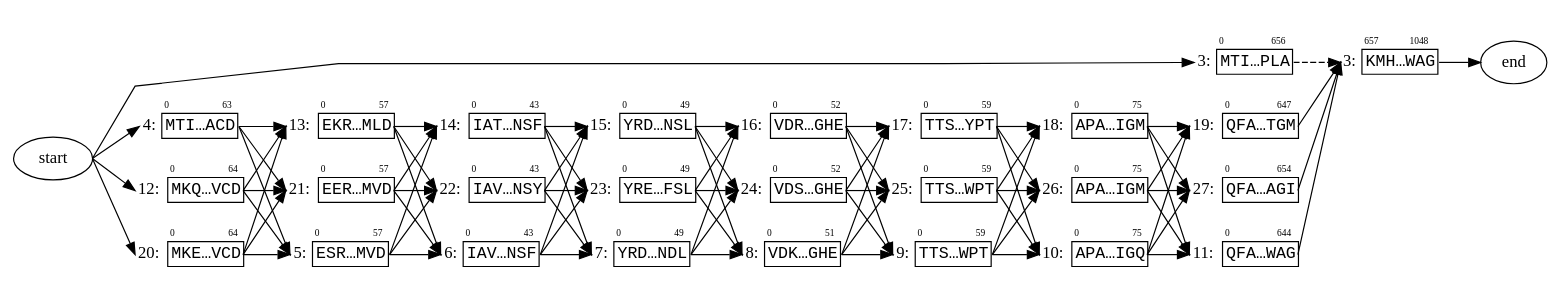
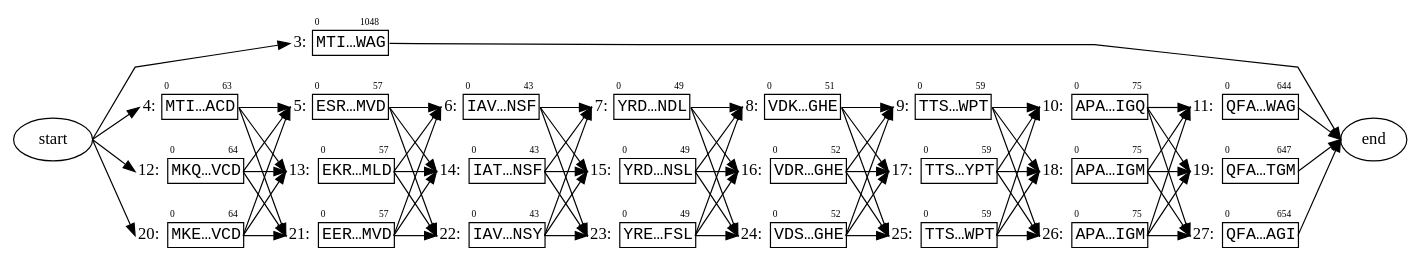
One commit to ginkgobioworks/gen changed the diagram in docs/figures/protein_figure_1.dot. Above: the diagram before and after it, drawn with Graphviz. The commit also changed 7 other files, not shown here.

```diff
--- a/docs/figures/protein_figure_1.dot
+++ b/docs/figures/protein_figure_1.dot
@@ -1,164 +1,154 @@
 strict digraph "" {
 	graph [rankdir=LR,
 		splines=polyline
 	];
 	node [label="\N"];
-	subgraph cluster_3 {
-		graph [label="",
-			rank=same,
-			style=invis
-		];
-		3.0	[label=<<TABLE BORDER='0' CELLBORDER='1' CELLSPACING='0'><TR><TD BORDER='0'></TD><TD BORDER='0' ALIGN='LEFT'><FONT POINT-SIZE='8'>0</FONT></TD><TD BORDER='0' ALIGN='RIGHT'><FONT POINT-SIZE='8'>656</FONT></TD></TR><TR><TD BORDER='0' PORT='caption' ALIGN='right'>3:</TD><TD PORT='seq' COLSPAN='2'><FONT FACE='Courier New'>MTI…PLA</FONT></TD></TR></TABLE>>,
-			margin=0,
-			shape=none];
-		3.657	[label=<<TABLE BORDER='0' CELLBORDER='1' CELLSPACING='0'><TR><TD BORDER='0'></TD><TD BORDER='0' ALIGN='LEFT'><FONT POINT-SIZE='8'>657</FONT></TD><TD BORDER='0' ALIGN='RIGHT'><FONT POINT-SIZE='8'>1048</FONT></TD></TR><TR><TD BORDER='0' PORT='caption' ALIGN='right'>3:</TD><TD PORT='seq' COLSPAN='2'><FONT FACE='Courier New'>KMH…WAG</FONT></TD></TR></TABLE>>,
-			margin=0,
-			shape=none];
-	}
 	source	[label=start];
+	3.0	[label=<<TABLE BORDER='0' CELLBORDER='1' CELLSPACING='0'><TR><TD BORDER='0'></TD><TD BORDER='0' ALIGN='LEFT'><FONT POINT-SIZE='8'>0</FONT></TD><TD BORDER='0' ALIGN='RIGHT'><FONT POINT-SIZE='8'>1048</FONT></TD></TR><TR><TD BORDER='0' PORT='caption' ALIGN='right'>3:</TD><TD PORT='seq' COLSPAN='2'><FONT FACE='Courier New'>MTI…WAG</FONT></TD></TR></TABLE>>,
+		margin=0,
+		shape=none];
 	source:e -> 3.0:caption:w;
 	4.0	[label=<<TABLE BORDER='0' CELLBORDER='1' CELLSPACING='0'><TR><TD BORDER='0'></TD><TD BORDER='0' ALIGN='LEFT'><FONT POINT-SIZE='8'>0</FONT></TD><TD BORDER='0' ALIGN='RIGHT'><FONT POINT-SIZE='8'>63</FONT></TD></TR><TR><TD BORDER='0' PORT='caption' ALIGN='right'>4:</TD><TD PORT='seq' COLSPAN='2'><FONT FACE='Courier New'>MTI…ACD</FONT></TD></TR></TABLE>>,
 		margin=0,
 		shape=none];
 	source:e -> 4.0:caption:w;
 	12.0	[label=<<TABLE BORDER='0' CELLBORDER='1' CELLSPACING='0'><TR><TD BORDER='0'></TD><TD BORDER='0' ALIGN='LEFT'><FONT POINT-SIZE='8'>0</FONT></TD><TD BORDER='0' ALIGN='RIGHT'><FONT POINT-SIZE='8'>64</FONT></TD></TR><TR><TD BORDER='0' PORT='caption' ALIGN='right'>12:</TD><TD PORT='seq' COLSPAN='2'><FONT FACE='Courier New'>MKQ…VCD</FONT></TD></TR></TABLE>>,
 		margin=0,
 		shape=none];
 	source:e -> 12.0:caption:w;
 	20.0	[label=<<TABLE BORDER='0' CELLBORDER='1' CELLSPACING='0'><TR><TD BORDER='0'></TD><TD BORDER='0' ALIGN='LEFT'><FONT POINT-SIZE='8'>0</FONT></TD><TD BORDER='0' ALIGN='RIGHT'><FONT POINT-SIZE='8'>64</FONT></TD></TR><TR><TD BORDER='0' PORT='caption' ALIGN='right'>20:</TD><TD PORT='seq' COLSPAN='2'><FONT FACE='Courier New'>MKE…VCD</FONT></TD></TR></TABLE>>,
 		margin=0,
 		shape=none];
 	source:e -> 20.0:caption:w;
-	3.0:seq:e -> 3.657:caption:w	[style=dashed];
 	sink	[label=end];
-	3.657:seq:e -> sink:w;
+	3.0:seq:e -> sink:w;
 	5.0	[label=<<TABLE BORDER='0' CELLBORDER='1' CELLSPACING='0'><TR><TD BORDER='0'></TD><TD BORDER='0' ALIGN='LEFT'><FONT POINT-SIZE='8'>0</FONT></TD><TD BORDER='0' ALIGN='RIGHT'><FONT POINT-SIZE='8'>57</FONT></TD></TR><TR><TD BORDER='0' PORT='caption' ALIGN='right'>5:</TD><TD PORT='seq' COLSPAN='2'><FONT FACE='Courier New'>ESR…MVD</FONT></TD></TR></TABLE>>,
 		margin=0,
 		shape=none];
 	4.0:seq:e -> 5.0:caption:w;
 	13.0	[label=<<TABLE BORDER='0' CELLBORDER='1' CELLSPACING='0'><TR><TD BORDER='0'></TD><TD BORDER='0' ALIGN='LEFT'><FONT POINT-SIZE='8'>0</FONT></TD><TD BORDER='0' ALIGN='RIGHT'><FONT POINT-SIZE='8'>57</FONT></TD></TR><TR><TD BORDER='0' PORT='caption' ALIGN='right'>13:</TD><TD PORT='seq' COLSPAN='2'><FONT FACE='Courier New'>EKR…MLD</FONT></TD></TR></TABLE>>,
 		margin=0,
 		shape=none];
 	4.0:seq:e -> 13.0:caption:w;
 	21.0	[label=<<TABLE BORDER='0' CELLBORDER='1' CELLSPACING='0'><TR><TD BORDER='0'></TD><TD BORDER='0' ALIGN='LEFT'><FONT POINT-SIZE='8'>0</FONT></TD><TD BORDER='0' ALIGN='RIGHT'><FONT POINT-SIZE='8'>57</FONT></TD></TR><TR><TD BORDER='0' PORT='caption' ALIGN='right'>21:</TD><TD PORT='seq' COLSPAN='2'><FONT FACE='Courier New'>EER…MVD</FONT></TD></TR></TABLE>>,
 		margin=0,
 		shape=none];
 	4.0:seq:e -> 21.0:caption:w;
 	6.0	[label=<<TABLE BORDER='0' CELLBORDER='1' CELLSPACING='0'><TR><TD BORDER='0'></TD><TD BORDER='0' ALIGN='LEFT'><FONT POINT-SIZE='8'>0</FONT></TD><TD BORDER='0' ALIGN='RIGHT'><FONT POINT-SIZE='8'>43</FONT></TD></TR><TR><TD BORDER='0' PORT='caption' ALIGN='right'>6:</TD><TD PORT='seq' COLSPAN='2'><FONT FACE='Courier New'>IAV…NSF</FONT></TD></TR></TABLE>>,
 		margin=0,
 		shape=none];
 	5.0:seq:e -> 6.0:caption:w;
 	14.0	[label=<<TABLE BORDER='0' CELLBORDER='1' CELLSPACING='0'><TR><TD BORDER='0'></TD><TD BORDER='0' ALIGN='LEFT'><FONT POINT-SIZE='8'>0</FONT></TD><TD BORDER='0' ALIGN='RIGHT'><FONT POINT-SIZE='8'>43</FONT></TD></TR><TR><TD BORDER='0' PORT='caption' ALIGN='right'>14:</TD><TD PORT='seq' COLSPAN='2'><FONT FACE='Courier New'>IAT…NSF</FONT></TD></TR></TABLE>>,
 		margin=0,
 		shape=none];
 	5.0:seq:e -> 14.0:caption:w;
 	22.0	[label=<<TABLE BORDER='0' CELLBORDER='1' CELLSPACING='0'><TR><TD BORDER='0'></TD><TD BORDER='0' ALIGN='LEFT'><FONT POINT-SIZE='8'>0</FONT></TD><TD BORDER='0' ALIGN='RIGHT'><FONT POINT-SIZE='8'>43</FONT></TD></TR><TR><TD BORDER='0' PORT='caption' ALIGN='right'>22:</TD><TD PORT='seq' COLSPAN='2'><FONT FACE='Courier New'>IAV…NSY</FONT></TD></TR></TABLE>>,
 		margin=0,
 		shape=none];
 	5.0:seq:e -> 22.0:caption:w;
 	7.0	[label=<<TABLE BORDER='0' CELLBORDER='1' CELLSPACING='0'><TR><TD BORDER='0'></TD><TD BORDER='0' ALIGN='LEFT'><FONT POINT-SIZE='8'>0</FONT></TD><TD BORDER='0' ALIGN='RIGHT'><FONT POINT-SIZE='8'>49</FONT></TD></TR><TR><TD BORDER='0' PORT='caption' ALIGN='right'>7:</TD><TD PORT='seq' COLSPAN='2'><FONT FACE='Courier New'>YRD…NDL</FONT></TD></TR></TABLE>>,
 		margin=0,
 		shape=none];
 	6.0:seq:e -> 7.0:caption:w;
 	15.0	[label=<<TABLE BORDER='0' CELLBORDER='1' CELLSPACING='0'><TR><TD BORDER='0'></TD><TD BORDER='0' ALIGN='LEFT'><FONT POINT-SIZE='8'>0</FONT></TD><TD BORDER='0' ALIGN='RIGHT'><FONT POINT-SIZE='8'>49</FONT></TD></TR><TR><TD BORDER='0' PORT='caption' ALIGN='right'>15:</TD><TD PORT='seq' COLSPAN='2'><FONT FACE='Courier New'>YRD…NSL</FONT></TD></TR></TABLE>>,
 		margin=0,
 		shape=none];
 	6.0:seq:e -> 15.0:caption:w;
 	23.0	[label=<<TABLE BORDER='0' CELLBORDER='1' CELLSPACING='0'><TR><TD BORDER='0'></TD><TD BORDER='0' ALIGN='LEFT'><FONT POINT-SIZE='8'>0</FONT></TD><TD BORDER='0' ALIGN='RIGHT'><FONT POINT-SIZE='8'>49</FONT></TD></TR><TR><TD BORDER='0' PORT='caption' ALIGN='right'>23:</TD><TD PORT='seq' COLSPAN='2'><FONT FACE='Courier New'>YRE…FSL</FONT></TD></TR></TABLE>>,
 		margin=0,
 		shape=none];
 	6.0:seq:e -> 23.0:caption:w;
 	8.0	[label=<<TABLE BORDER='0' CELLBORDER='1' CELLSPACING='0'><TR><TD BORDER='0'></TD><TD BORDER='0' ALIGN='LEFT'><FONT POINT-SIZE='8'>0</FONT></TD><TD BORDER='0' ALIGN='RIGHT'><FONT POINT-SIZE='8'>51</FONT></TD></TR><TR><TD BORDER='0' PORT='caption' ALIGN='right'>8:</TD><TD PORT='seq' COLSPAN='2'><FONT FACE='Courier New'>VDK…GHE</FONT></TD></TR></TABLE>>,
 		margin=0,
 		shape=none];
 	7.0:seq:e -> 8.0:caption:w;
 	16.0	[label=<<TABLE BORDER='0' CELLBORDER='1' CELLSPACING='0'><TR><TD BORDER='0'></TD><TD BORDER='0' ALIGN='LEFT'><FONT POINT-SIZE='8'>0</FONT></TD><TD BORDER='0' ALIGN='RIGHT'><FONT POINT-SIZE='8'>52</FONT></TD></TR><TR><TD BORDER='0' PORT='caption' ALIGN='right'>16:</TD><TD PORT='seq' COLSPAN='2'><FONT FACE='Courier New'>VDR…GHE</FONT></TD></TR></TABLE>>,
 		margin=0,
 		shape=none];
 	7.0:seq:e -> 16.0:caption:w;
 	24.0	[label=<<TABLE BORDER='0' CELLBORDER='1' CELLSPACING='0'><TR><TD BORDER='0'></TD><TD BORDER='0' ALIGN='LEFT'><FONT POINT-SIZE='8'>0</FONT></TD><TD BORDER='0' ALIGN='RIGHT'><FONT POINT-SIZE='8'>52</FONT></TD></TR><TR><TD BORDER='0' PORT='caption' ALIGN='right'>24:</TD><TD PORT='seq' COLSPAN='2'><FONT FACE='Courier New'>VDS…GHE</FONT></TD></TR></TABLE>>,
 		margin=0,
 		shape=none];
 	7.0:seq:e -> 24.0:caption:w;
 	9.0	[label=<<TABLE BORDER='0' CELLBORDER='1' CELLSPACING='0'><TR><TD BORDER='0'></TD><TD BORDER='0' ALIGN='LEFT'><FONT POINT-SIZE='8'>0</FONT></TD><TD BORDER='0' ALIGN='RIGHT'><FONT POINT-SIZE='8'>59</FONT></TD></TR><TR><TD BORDER='0' PORT='caption' ALIGN='right'>9:</TD><TD PORT='seq' COLSPAN='2'><FONT FACE='Courier New'>TTS…WPT</FONT></TD></TR></TABLE>>,
 		margin=0,
 		shape=none];
 	8.0:seq:e -> 9.0:caption:w;
 	17.0	[label=<<TABLE BORDER='0' CELLBORDER='1' CELLSPACING='0'><TR><TD BORDER='0'></TD><TD BORDER='0' ALIGN='LEFT'><FONT POINT-SIZE='8'>0</FONT></TD><TD BORDER='0' ALIGN='RIGHT'><FONT POINT-SIZE='8'>59</FONT></TD></TR><TR><TD BORDER='0' PORT='caption' ALIGN='right'>17:</TD><TD PORT='seq' COLSPAN='2'><FONT FACE='Courier New'>TTS…YPT</FONT></TD></TR></TABLE>>,
 		margin=0,
 		shape=none];
 	8.0:seq:e -> 17.0:caption:w;
 	25.0	[label=<<TABLE BORDER='0' CELLBORDER='1' CELLSPACING='0'><TR><TD BORDER='0'></TD><TD BORDER='0' ALIGN='LEFT'><FONT POINT-SIZE='8'>0</FONT></TD><TD BORDER='0' ALIGN='RIGHT'><FONT POINT-SIZE='8'>59</FONT></TD></TR><TR><TD BORDER='0' PORT='caption' ALIGN='right'>25:</TD><TD PORT='seq' COLSPAN='2'><FONT FACE='Courier New'>TTS…WPT</FONT></TD></TR></TABLE>>,
 		margin=0,
 		shape=none];
 	8.0:seq:e -> 25.0:caption:w;
 	10.0	[label=<<TABLE BORDER='0' CELLBORDER='1' CELLSPACING='0'><TR><TD BORDER='0'></TD><TD BORDER='0' ALIGN='LEFT'><FONT POINT-SIZE='8'>0</FONT></TD><TD BORDER='0' ALIGN='RIGHT'><FONT POINT-SIZE='8'>75</FONT></TD></TR><TR><TD BORDER='0' PORT='caption' ALIGN='right'>10:</TD><TD PORT='seq' COLSPAN='2'><FONT FACE='Courier New'>APA…IGQ</FONT></TD></TR></TABLE>>,
 		margin=0,
 		shape=none];
 	9.0:seq:e -> 10.0:caption:w;
 	18.0	[label=<<TABLE BORDER='0' CELLBORDER='1' CELLSPACING='0'><TR><TD BORDER='0'></TD><TD BORDER='0' ALIGN='LEFT'><FONT POINT-SIZE='8'>0</FONT></TD><TD BORDER='0' ALIGN='RIGHT'><FONT POINT-SIZE='8'>75</FONT></TD></TR><TR><TD BORDER='0' PORT='caption' ALIGN='right'>18:</TD><TD PORT='seq' COLSPAN='2'><FONT FACE='Courier New'>APA…IGM</FONT></TD></TR></TABLE>>,
 		margin=0,
 		shape=none];
 	9.0:seq:e -> 18.0:caption:w;
 	26.0	[label=<<TABLE BORDER='0' CELLBORDER='1' CELLSPACING='0'><TR><TD BORDER='0'></TD><TD BORDER='0' ALIGN='LEFT'><FONT POINT-SIZE='8'>0</FONT></TD><TD BORDER='0' ALIGN='RIGHT'><FONT POINT-SIZE='8'>75</FONT></TD></TR><TR><TD BORDER='0' PORT='caption' ALIGN='right'>26:</TD><TD PORT='seq' COLSPAN='2'><FONT FACE='Courier New'>APA…IGM</FONT></TD></TR></TABLE>>,
 		margin=0,
 		shape=none];
 	9.0:seq:e -> 26.0:caption:w;
 	11.0	[label=<<TABLE BORDER='0' CELLBORDER='1' CELLSPACING='0'><TR><TD BORDER='0'></TD><TD BORDER='0' ALIGN='LEFT'><FONT POINT-SIZE='8'>0</FONT></TD><TD BORDER='0' ALIGN='RIGHT'><FONT POINT-SIZE='8'>644</FONT></TD></TR><TR><TD BORDER='0' PORT='caption' ALIGN='right'>11:</TD><TD PORT='seq' COLSPAN='2'><FONT FACE='Courier New'>QFA…WAG</FONT></TD></TR></TABLE>>,
 		margin=0,
 		shape=none];
 	10.0:seq:e -> 11.0:caption:w;
 	19.0	[label=<<TABLE BORDER='0' CELLBORDER='1' CELLSPACING='0'><TR><TD BORDER='0'></TD><TD BORDER='0' ALIGN='LEFT'><FONT POINT-SIZE='8'>0</FONT></TD><TD BORDER='0' ALIGN='RIGHT'><FONT POINT-SIZE='8'>647</FONT></TD></TR><TR><TD BORDER='0' PORT='caption' ALIGN='right'>19:</TD><TD PORT='seq' COLSPAN='2'><FONT FACE='Courier New'>QFA…TGM</FONT></TD></TR></TABLE>>,
 		margin=0,
 		shape=none];
 	10.0:seq:e -> 19.0:caption:w;
 	27.0	[label=<<TABLE BORDER='0' CELLBORDER='1' CELLSPACING='0'><TR><TD BORDER='0'></TD><TD BORDER='0' ALIGN='LEFT'><FONT POINT-SIZE='8'>0</FONT></TD><TD BORDER='0' ALIGN='RIGHT'><FONT POINT-SIZE='8'>654</FONT></TD></TR><TR><TD BORDER='0' PORT='caption' ALIGN='right'>27:</TD><TD PORT='seq' COLSPAN='2'><FONT FACE='Courier New'>QFA…AGI</FONT></TD></TR></TABLE>>,
 		margin=0,
 		shape=none];
 	10.0:seq:e -> 27.0:caption:w;
-	11.0:seq:e -> 3.657:caption:w;
+	11.0:seq:e -> sink:w;
 	12.0:seq:e -> 5.0:caption:w;
 	12.0:seq:e -> 13.0:caption:w;
 	12.0:seq:e -> 21.0:caption:w;
 	13.0:seq:e -> 6.0:caption:w;
 	13.0:seq:e -> 14.0:caption:w;
 	13.0:seq:e -> 22.0:caption:w;
 	14.0:seq:e -> 7.0:caption:w;
 	14.0:seq:e -> 15.0:caption:w;
 	14.0:seq:e -> 23.0:caption:w;
 	15.0:seq:e -> 8.0:caption:w;
 	15.0:seq:e -> 16.0:caption:w;
 	15.0:seq:e -> 24.0:caption:w;
 	16.0:seq:e -> 9.0:caption:w;
 	16.0:seq:e -> 17.0:caption:w;
 	16.0:seq:e -> 25.0:caption:w;
 	17.0:seq:e -> 10.0:caption:w;
 	17.0:seq:e -> 18.0:caption:w;
 	17.0:seq:e -> 26.0:caption:w;
 	18.0:seq:e -> 11.0:caption:w;
 	18.0:seq:e -> 19.0:caption:w;
 	18.0:seq:e -> 27.0:caption:w;
-	19.0:seq:e -> 3.657:caption:w;
+	19.0:seq:e -> sink:w;
 	20.0:seq:e -> 5.0:caption:w;
 	20.0:seq:e -> 13.0:caption:w;
 	20.0:seq:e -> 21.0:caption:w;
 	21.0:seq:e -> 6.0:caption:w;
 	21.0:seq:e -> 14.0:caption:w;
 	21.0:seq:e -> 22.0:caption:w;
 	22.0:seq:e -> 7.0:caption:w;
 	22.0:seq:e -> 15.0:caption:w;
 	22.0:seq:e -> 23.0:caption:w;
 	23.0:seq:e -> 8.0:caption:w;
 	23.0:seq:e -> 16.0:caption:w;
 	23.0:seq:e -> 24.0:caption:w;
 	24.0:seq:e -> 9.0:caption:w;
 	24.0:seq:e -> 17.0:caption:w;
 	24.0:seq:e -> 25.0:caption:w;
 	25.0:seq:e -> 10.0:caption:w;
 	25.0:seq:e -> 18.0:caption:w;
 	25.0:seq:e -> 26.0:caption:w;
 	26.0:seq:e -> 11.0:caption:w;
 	26.0:seq:e -> 19.0:caption:w;
 	26.0:seq:e -> 27.0:caption:w;
-	27.0:seq:e -> 3.657:caption:w;
+	27.0:seq:e -> sink:w;
 }
```
